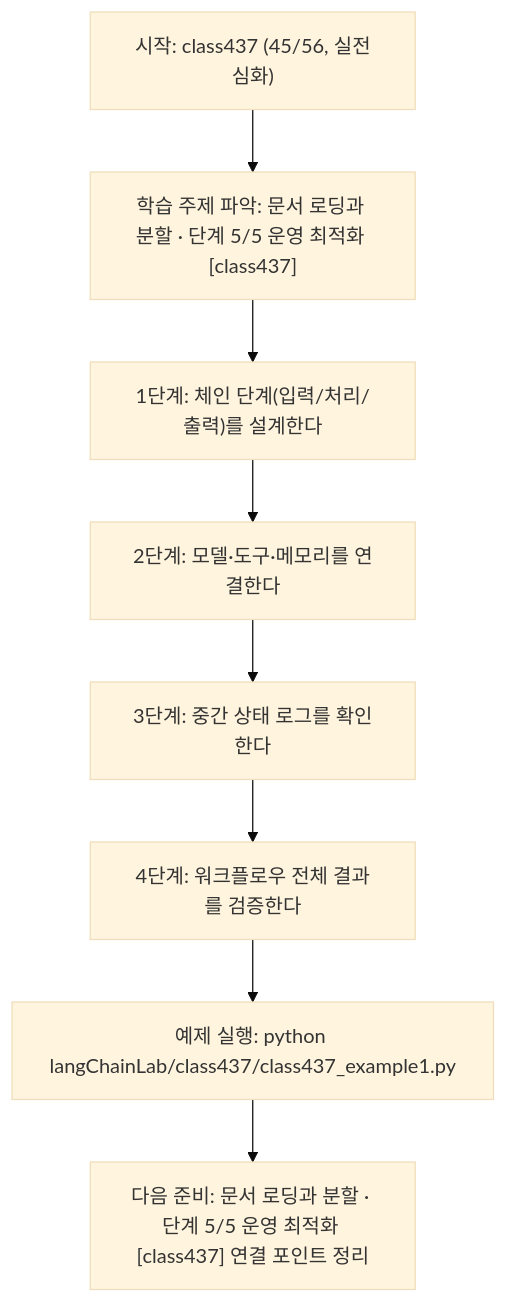
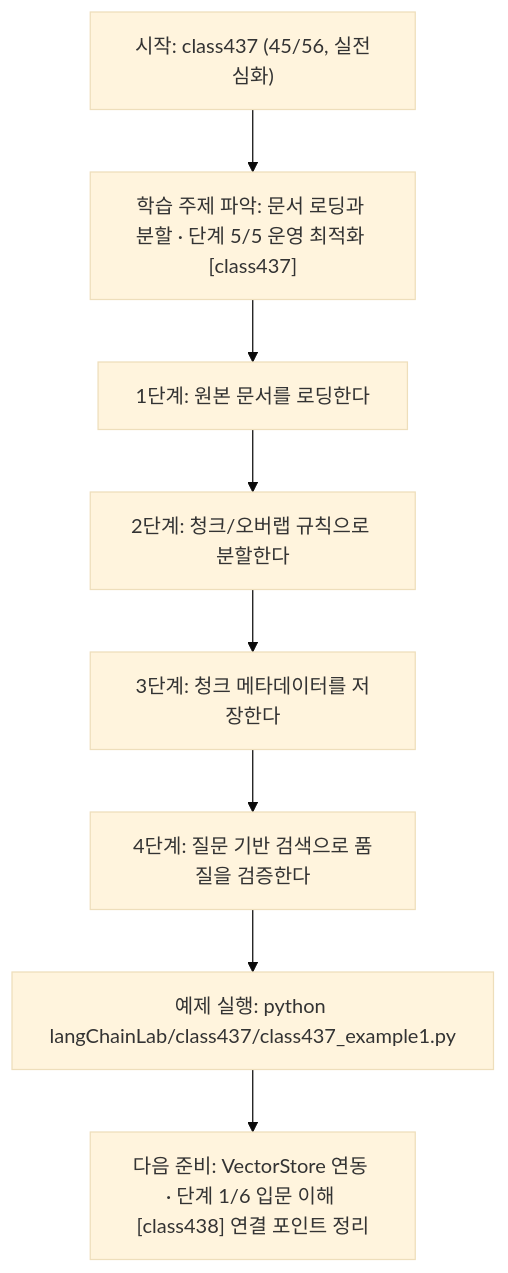
The diagram in langChainLab/class437/class437.md (edumgt/Python-AI_Agent-Class), drawn with Mermaid (base theme) before and after one commit. The commit also changed other lines of this file and 395 other files, not shown here.

````diff
--- a/langChainLab/class437/class437.md
+++ b/langChainLab/class437/class437.md
@@ -110,18 +91,18 @@
 ```mermaid
 flowchart TD
 N1["시작: class437 (45/56, 실전심화)"]
 N2["학습 주제 파악: 문서 로딩과 분할 · 단계 5/5 운영 최적화 [class437]"]
-N3["1단계: 체인 단계(입력/처리/출력)를 설계한다"]
-N4["2단계: 모델·도구·메모리를 연결한다"]
-N5["3단계: 중간 상태 로그를 확인한다"]
-N6["4단계: 워크플로우 전체 결과를 검증한다"]
+N3["1단계: 원본 문서를 로딩한다"]
+N4["2단계: 청크/오버랩 규칙으로 분할한다"]
+N5["3단계: 청크 메타데이터를 저장한다"]
+N6["4단계: 질문 기반 검색으로 품질을 검증한다"]
 N7["예제 실행: python langChainLab/class437/class437_example1.py"]
-N8["다음 준비: 문서 로딩과 분할 · 단계 5/5 운영 최적화 [class437] 연결 포인트 정리"]
+N8["다음 준비: VectorStore 연동 · 단계 1/6 입문 이해 [class438] 연결 포인트 정리"]
 N1 --> N2
 N2 --> N3
 N3 --> N4
 N4 --> N5
 N5 --> N6
 N6 --> N7
 N7 --> N8
 ```
````
